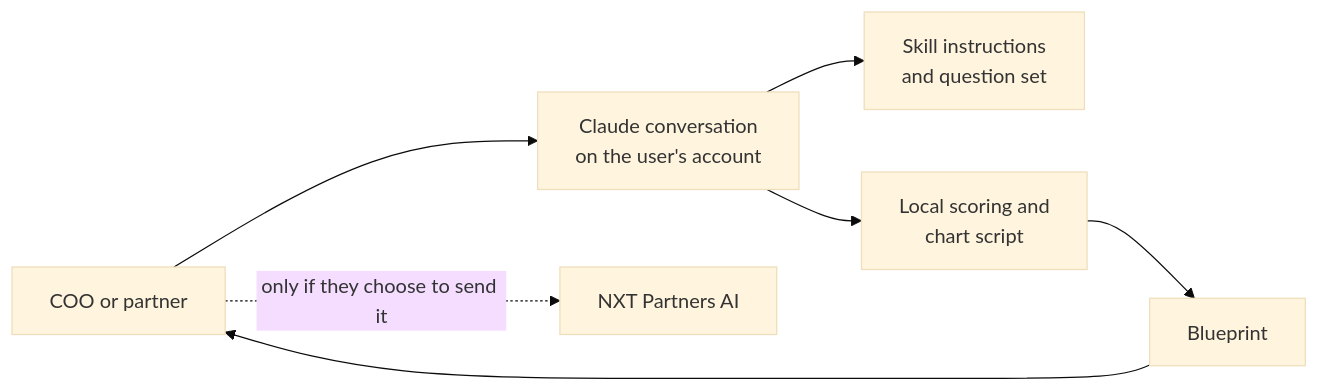
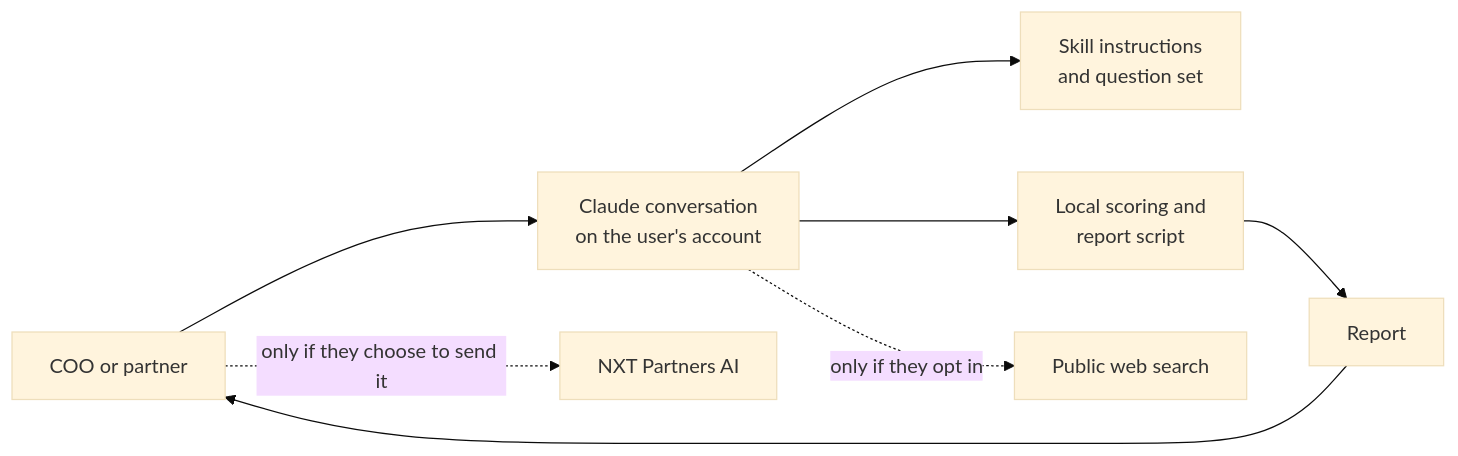
Before and after one commit to nxtpartners/nxt-fund-blueprint: the second of 2 diagrams in README.md, drawn with Mermaid (base theme). The commit also changed other lines of this file and 23 other files, not shown here.

````diff
--- a/README.md
+++ b/README.md
@@ -38,9 +37,10 @@
 ```mermaid
 flowchart LR
     U[COO or partner] --> C[Claude conversation<br/>on the user's account]
     C --> S[Skill instructions<br/>and question set]
-    C --> R[Local scoring and<br/>chart script]
-    R --> B[Blueprint]
+    C --> R[Local scoring and<br/>report script]
+    C -. only if they opt in .-> W[Public web search]
+    R --> B[Report]
     B --> U
     U -. only if they choose to send it .-> N[NXT Partners AI]
 ```
````
